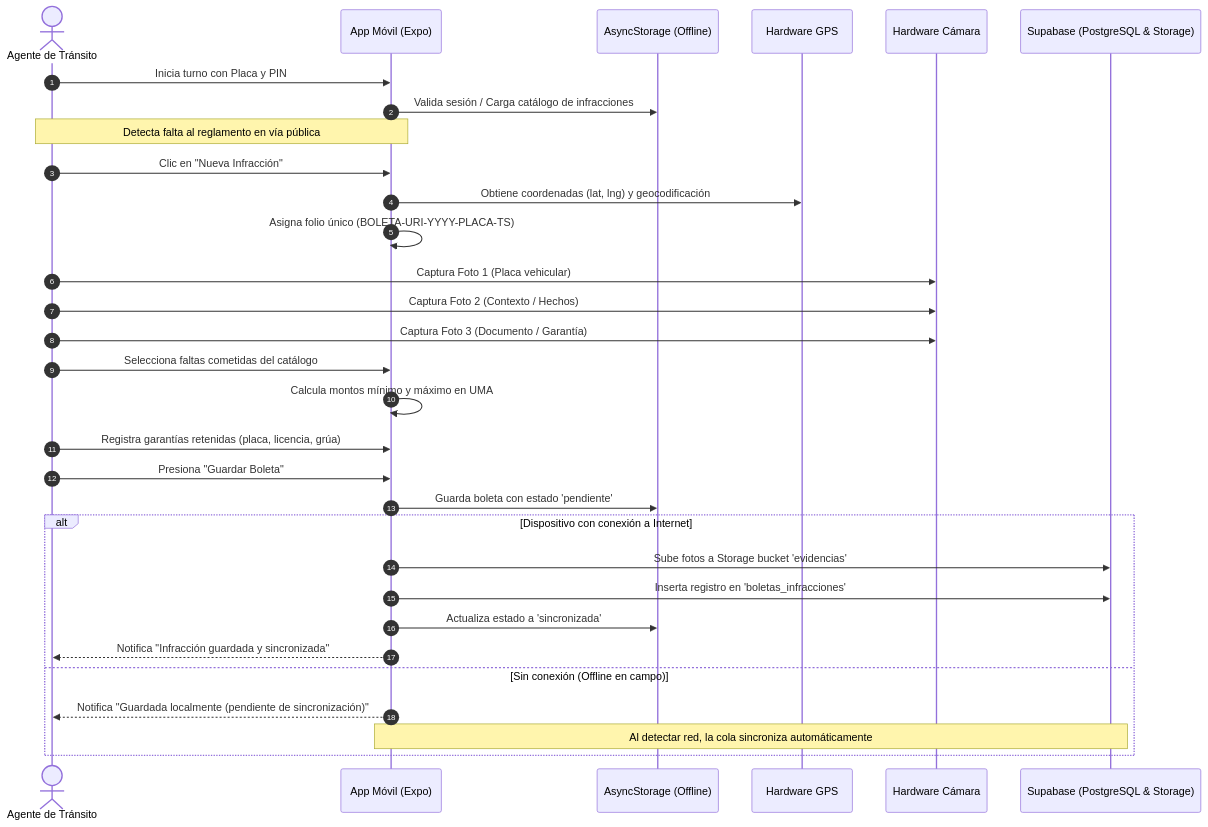
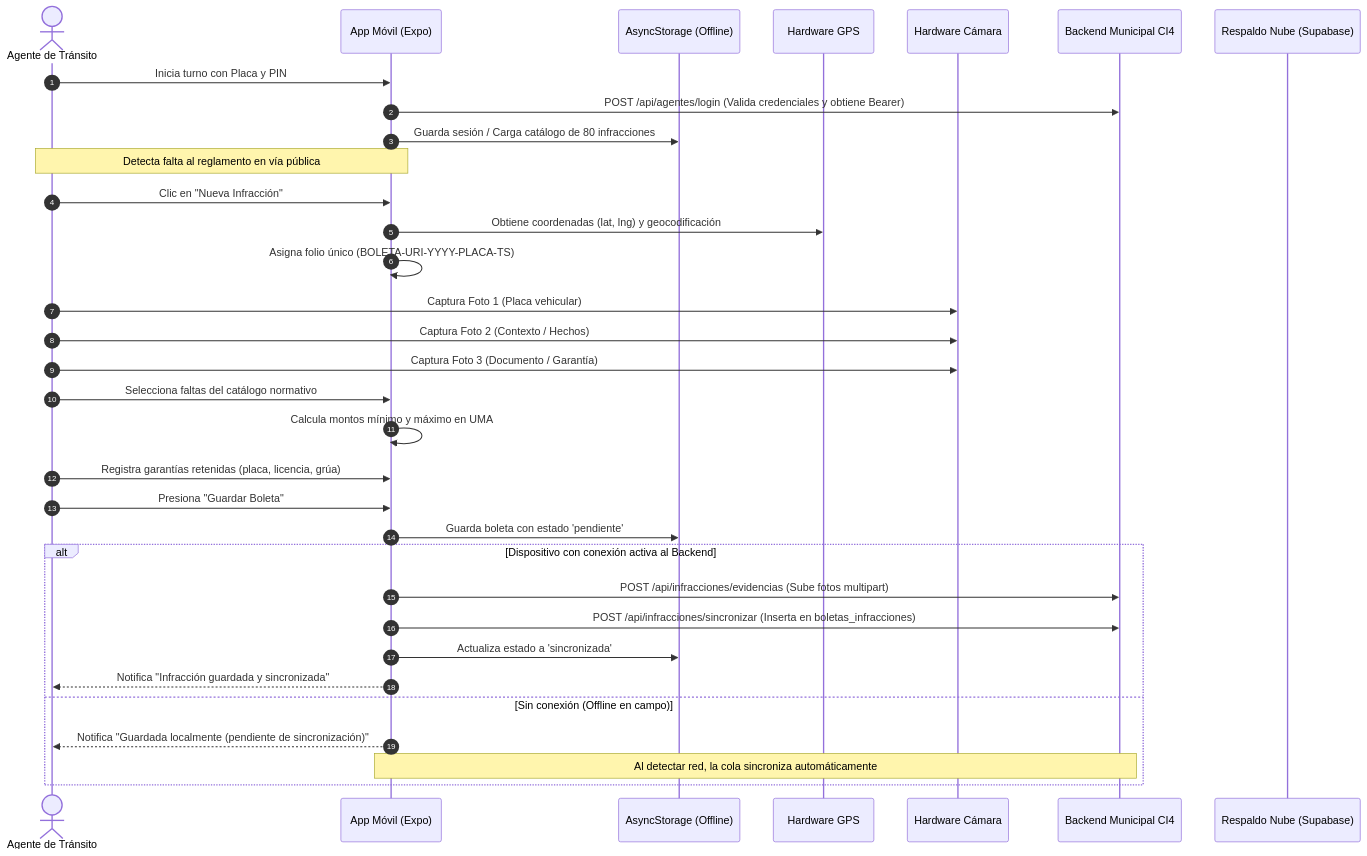
One commit to soportealoraapp/App-Residencias-Ventanilla changed the third of 3 diagrams in DOCUMENTACION_GENERAL.md. Above: the diagram before and after it, drawn with Mermaid. The commit also changed other lines of this file and 14 other files, not shown here.

Commit message:
feat(transito): integracion de app movil con backend ci4, catalogo oficial uriangato y sync de boletas

````diff
--- a/DOCUMENTACION_GENERAL.md
+++ b/DOCUMENTACION_GENERAL.md
@@ -137,34 +137,36 @@
 ```mermaid
 sequenceDiagram
     autonumber
     actor Agente as Agente de Tránsito
     participant App as App Móvil (Expo)
     participant Local as AsyncStorage (Offline)
     participant GPS as Hardware GPS
     participant Cam as Hardware Cámara
-    participant Supa as Supabase (PostgreSQL & Storage)
+    participant Backend as Backend Municipal CI4
+    participant Supa as Respaldo Nube (Supabase)
 
     Agente->>App: Inicia turno con Placa y PIN
-    App->>Local: Valida sesión / Carga catálogo de infracciones
+    App->>Backend: POST /api/agentes/login (Valida credenciales y obtiene Bearer)
+    App->>Local: Guarda sesión / Carga catálogo de 80 infracciones
     Note over Agente,App: Detecta falta al reglamento en vía pública
     Agente->>App: Clic en "Nueva Infracción"
     App->>GPS: Obtiene coordenadas (lat, lng) y geocodificación
     App->>App: Asigna folio único (BOLETA-URI-YYYY-PLACA-TS)
     Agente->>Cam: Captura Foto 1 (Placa vehicular)
     Agente->>Cam: Captura Foto 2 (Contexto / Hechos)
     Agente->>Cam: Captura Foto 3 (Documento / Garantía)
-    Agente->>App: Selecciona faltas cometidas del catálogo
+    Agente->>App: Selecciona faltas del catálogo normativo
     App->>App: Calcula montos mínimo y máximo en UMA
     Agente->>App: Registra garantías retenidas (placa, licencia, grúa)
     Agente->>App: Presiona "Guardar Boleta"
     App->>Local: Guarda boleta con estado 'pendiente'
-    alt Dispositivo con conexión a Internet
-        App->>Supa: Sube fotos a Storage bucket 'evidencias'
-        App->>Supa: Inserta registro en 'boletas_infracciones'
+    alt Dispositivo con conexión activa al Backend
+        App->>Backend: POST /api/infracciones/evidencias (Sube fotos multipart)
+        App->>Backend: POST /api/infracciones/sincronizar (Inserta en boletas_infracciones)
         App->>Local: Actualiza estado a 'sincronizada'
         App-->>Agente: Notifica "Infracción guardada y sincronizada"
     else Sin conexión (Offline en campo)
         App-->>Agente: Notifica "Guardada localmente (pendiente de sincronización)"
-        Note over App,Supa: Al detectar red, la cola sincroniza automáticamente
+        Note over App,Backend: Al detectar red, la cola sincroniza automáticamente
     end
 ```
````
